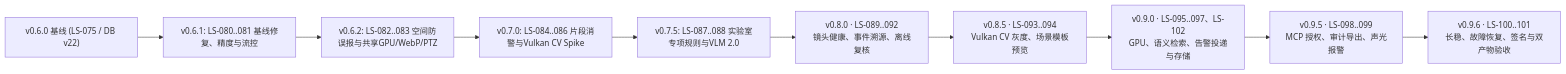
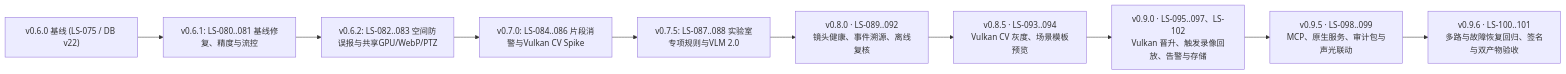
One commit to windyxyz/LabSentinel changed the first of 2 diagrams in docs/plan/v1.0.0-roadmap.md. Above: the diagram before and after it, drawn with Mermaid. The commit also changed other lines of this file and 203 other files, not shown here.

````diff
--- a/docs/plan/v1.0.0-roadmap.md
+++ b/docs/plan/v1.0.0-roadmap.md
@@ -74,12 +77,12 @@
 ```mermaid
 flowchart LR
     V060["v0.6.0 基线 (LS-075 / DB v22)"] --> V061["v0.6.1: LS-080..081 基线修复、精度与流控"]
     V061 --> V062["v0.6.2: LS-082..083 空间防误报与共享GPU/WebP/PTZ"]
     V062 --> V070["v0.7.0: LS-084..086 片段消警与Vulkan CV Spike"]
     V070 --> V075["v0.7.5: LS-087..088 实验室专项规则与VLM 2.0"]
     V075 --> V080["v0.8.0 · LS-089..092<br/>镜头健康、事件溯源、离线复核"]
     V080 --> V085["v0.8.5 · LS-093..094<br/>Vulkan CV 灰度、场景模板预览"]
-    V085 --> V090["v0.9.0 · LS-095..097、LS-102<br/>GPU、语义检索、告警投递与存储"]
-    V090 --> V095["v0.9.5 · LS-098..099<br/>MCP 授权、审计导出、声光报警"]
-    V095 --> V096["v0.9.6 · LS-100..101<br/>长稳、故障恢复、签名与双产物验收"]
+    V085 --> V090["v0.9.0 · LS-095..097、LS-102<br/>Vulkan 晋升、触发录像回放、告警与存储"]
+    V090 --> V095["v0.9.5 · LS-098..099<br/>MCP、原生服务、审计包与声光联动"]
+    V095 --> V096["v0.9.6 · LS-100..101<br/>多路与故障恢复回归、签名与双产物验收"]
 ```
````
